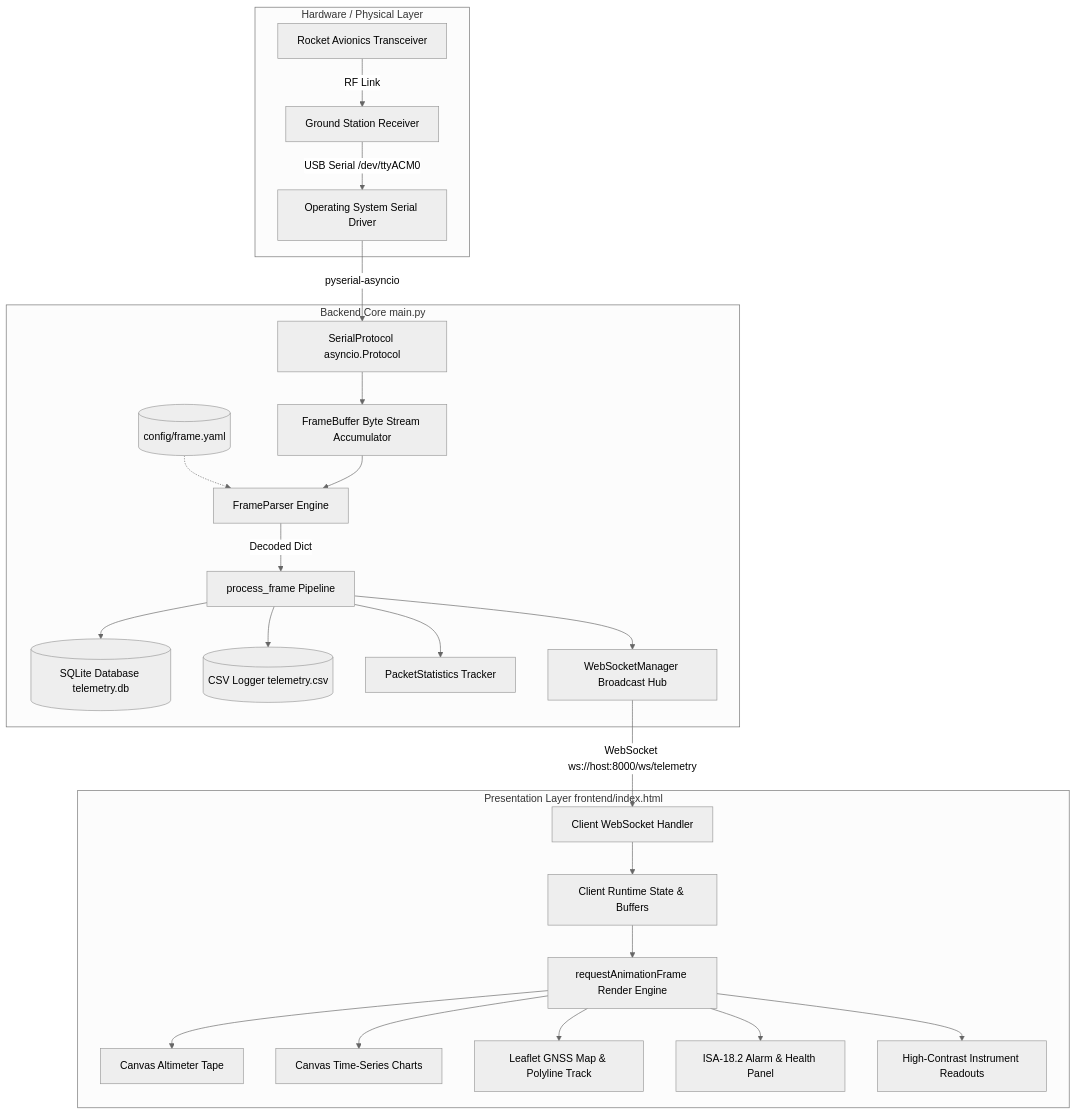
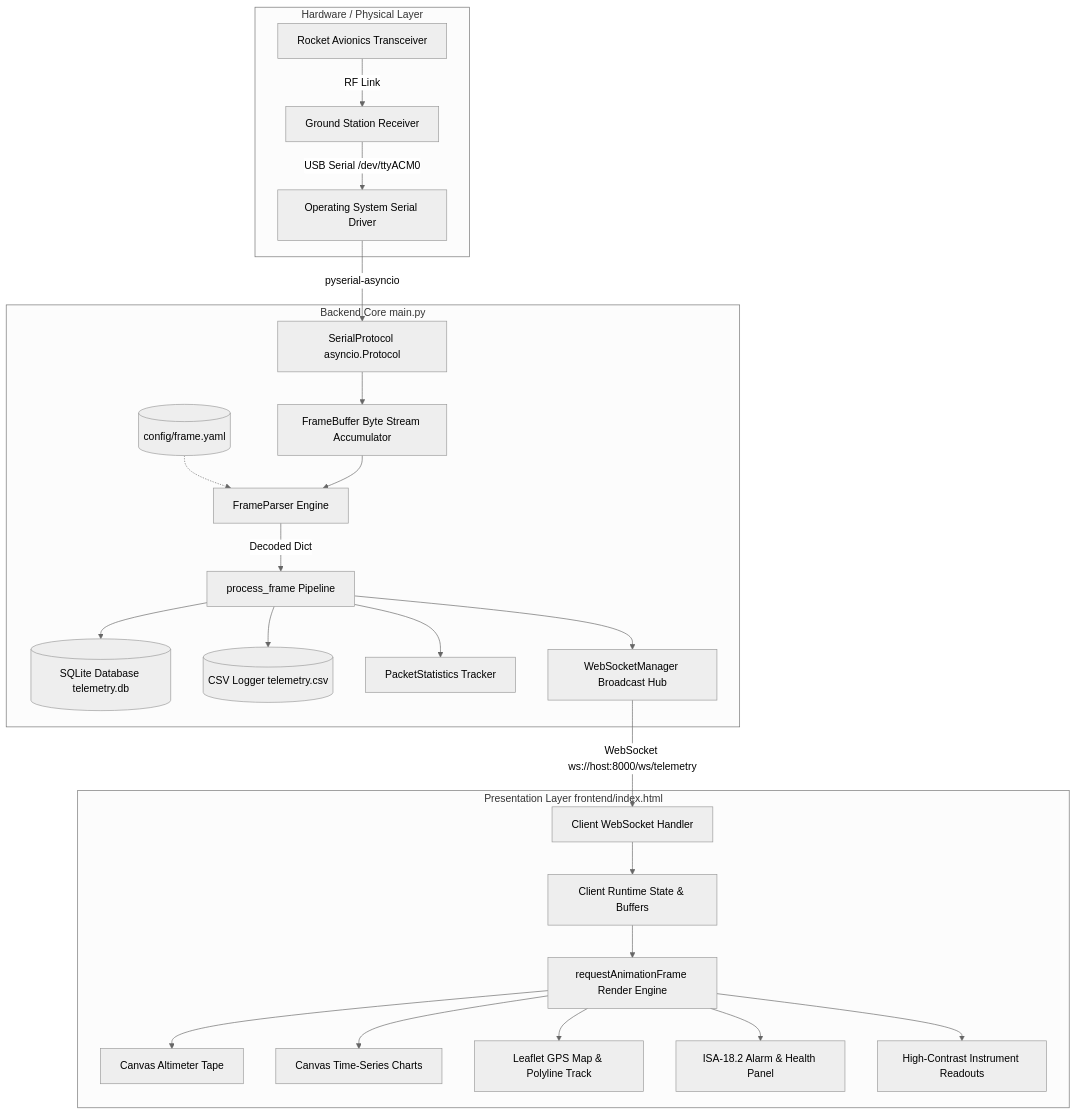
Before and after one commit to Invenciones-Espaciales/estacion-terrena-cansat: the first of 4 diagrams in docs/architecture.md, drawn with Mermaid (neutral theme). The commit also changed 5 other files, not shown here.

````diff
--- a/docs/architecture.md
+++ b/docs/architecture.md
@@ -11,31 +11,31 @@
 ```mermaid
 graph TD
     subgraph Hardware / Physical Layer
         AV[Rocket Avionics Transceiver] -->|RF Link| GSTR[Ground Station Receiver]
         GSTR -->|USB Serial /dev/ttyACM0| OS[Operating System Serial Driver]
     end
 
     subgraph Backend Core main.py
         OS -->|pyserial-asyncio| SP[SerialProtocol asyncio.Protocol]
         SP --> FB[FrameBuffer Byte Stream Accumulator]
         CFG[(config/frame.yaml)] -.-> FP[FrameParser Engine]
         FB --> FP
         FP -->|Decoded Dict| PF[process_frame Pipeline]
         
         PF --> DB[(SQLite Database telemetry.db)]
         PF --> CSV[(CSV Logger telemetry.csv)]
         PF --> STAT[PacketStatistics Tracker]
         PF --> WSM[WebSocketManager Broadcast Hub]
     end
 
     subgraph Presentation Layer frontend/index.html
         WSM -->|WebSocket ws://host:8000/ws/telemetry| WS_CLIENT[Client WebSocket Handler]
         WS_CLIENT --> STATE[Client Runtime State & Buffers]
         STATE --> RAF[requestAnimationFrame Render Engine]
         RAF --> TAPE[Canvas Altimeter Tape]
         RAF --> CHARTS[Canvas Time-Series Charts]
-        RAF --> MAP[Leaflet GNSS Map & Polyline Track]
+        RAF --> MAP[Leaflet GPS Map & Polyline Track]
         RAF --> ALERTS[ISA-18.2 Alarm & Health Panel]
         RAF --> NUMS[High-Contrast Instrument Readouts]
     end
 ```
````
